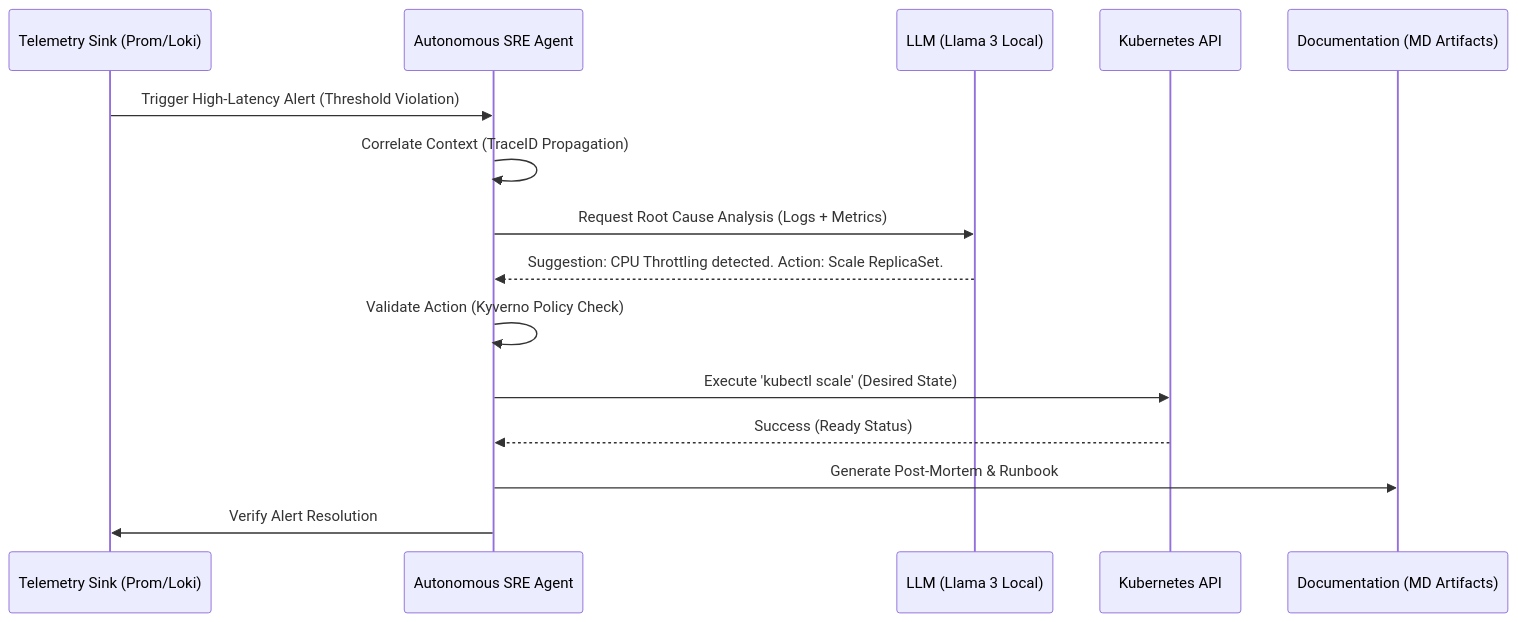
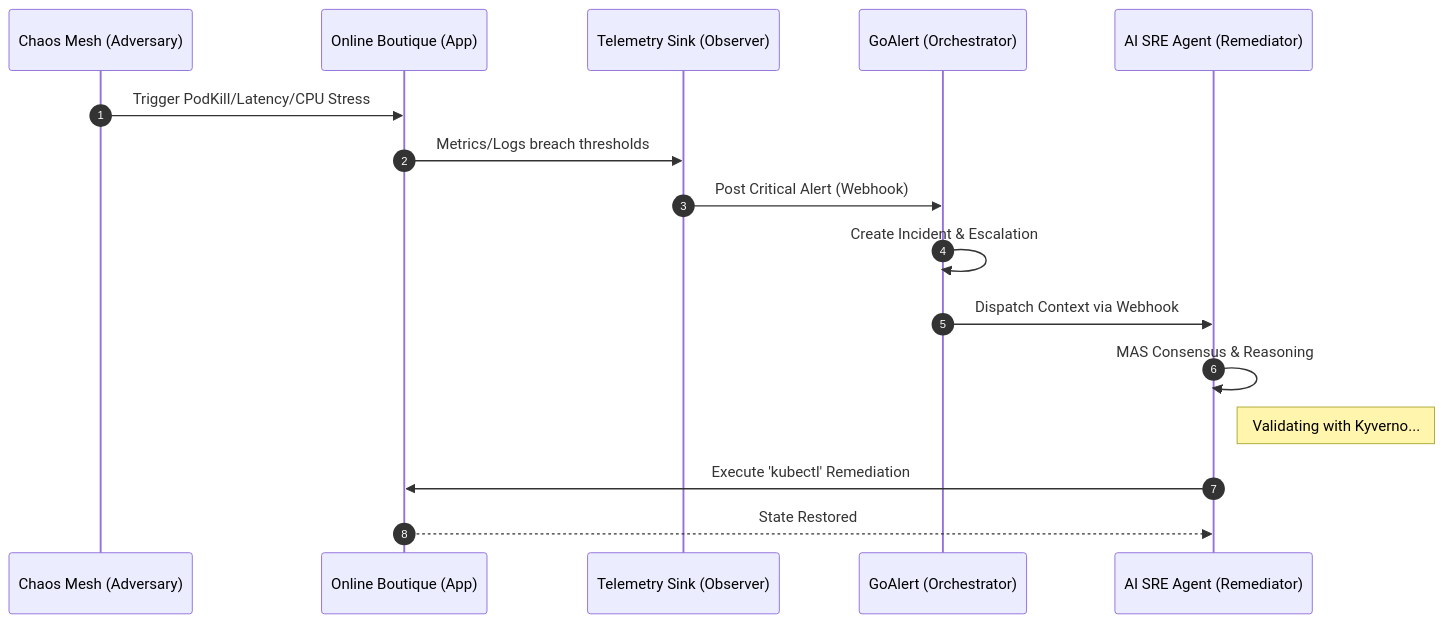
The second of 2 diagrams in ARCHITECTURE.md (fbscotta369/ai4all-sre), drawn with Mermaid before and after one commit. The commit also changed other lines of this file and 21 other files, not shown here.

Commit message:
feat: implement IaC Power Probe autonomous resilience fixes and AI agent refactoring

````diff
--- a/ARCHITECTURE.md
+++ b/ARCHITECTURE.md
@@ -51,18 +70,19 @@
 ```mermaid
 sequenceDiagram
-    participant S as Telemetry Sink (Prom/Loki)
-    participant A as Autonomous SRE Agent
-    participant L as LLM (Llama 3 Local)
-    participant K as Kubernetes API
-    participant D as Documentation (MD Artifacts)
+    autonumber
+    participant C as Chaos Mesh (Adversary)
+    participant A as Online Boutique (App)
+    participant S as Telemetry Sink (Observer)
+    participant G as GoAlert (Orchestrator)
+    participant AG as AI SRE Agent (Remediator)
 
-    S->>A: Trigger High-Latency Alert (Threshold Violation)
-    A->>A: Correlate Context (TraceID Propagation)
-    A->>L: Request Root Cause Analysis (Logs + Metrics)
-    L-->>A: Suggestion: CPU Throttling detected. Action: Scale ReplicaSet.
-    A->>A: Validate Action (Kyverno Policy Check)
-    A->>K: Execute 'kubectl scale' (Desired State)
-    K-->>A: Success (Ready Status)
-    A->>D: Generate Post-Mortem & Runbook
-    A->>S: Verify Alert Resolution
+    C->>A: Trigger PodKill/Latency/CPU Stress
+    A->>S: Metrics/Logs breach thresholds
+    S->>G: Post Critical Alert (Webhook)
+    G->>G: Create Incident & Escalation
+    G->>AG: Dispatch Context via Webhook
+    AG->>AG: MAS Consensus & Reasoning
+    Note right of AG: Validating with Kyverno...
+    AG->>A: Execute 'kubectl' Remediation
+    A-->>AG: State Restored
 ```
````
